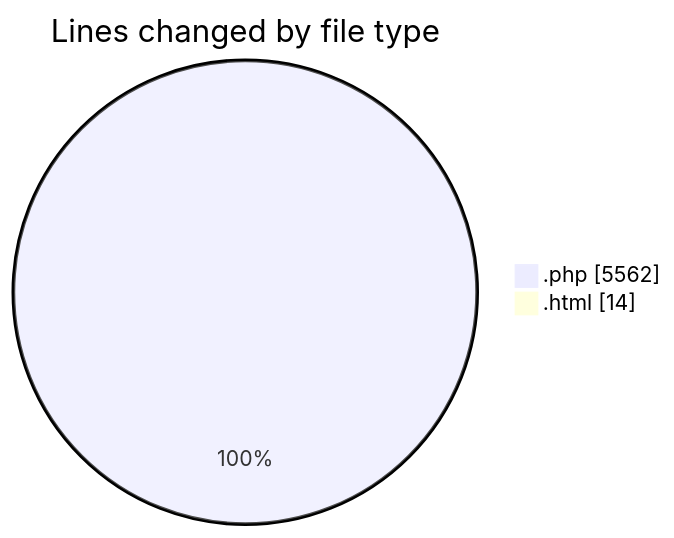
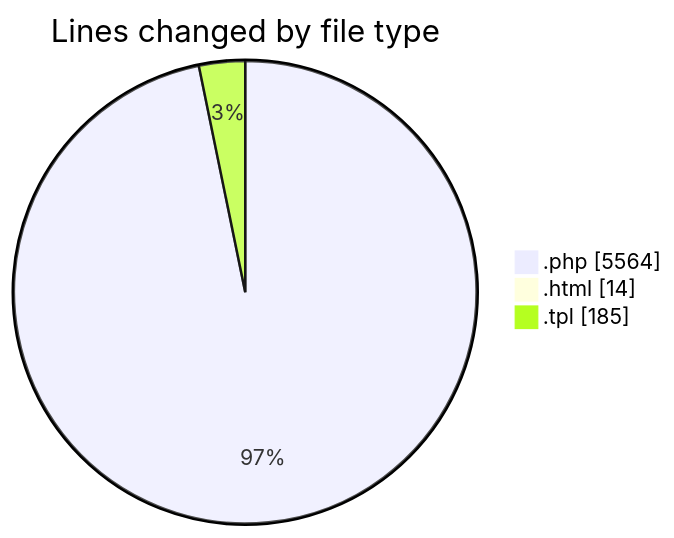
One commit to vahidmafi/code-tracking changed the first of 2 diagrams in 2025-09-13/shop/README.md. Above: the diagram before and after it, drawn with Mermaid. The commit also changed other lines of this file and 1 other file, not shown here.

````diff
--- a/2025-09-13/shop/README.md
+++ b/2025-09-13/shop/README.md
@@ -24,6 +25,7 @@
 ```mermaid
 pie showData
 title Lines changed by file type
-".php" : 5562
+".php" : 5564
 ".html" : 14
+".tpl" : 185
 ```
````
